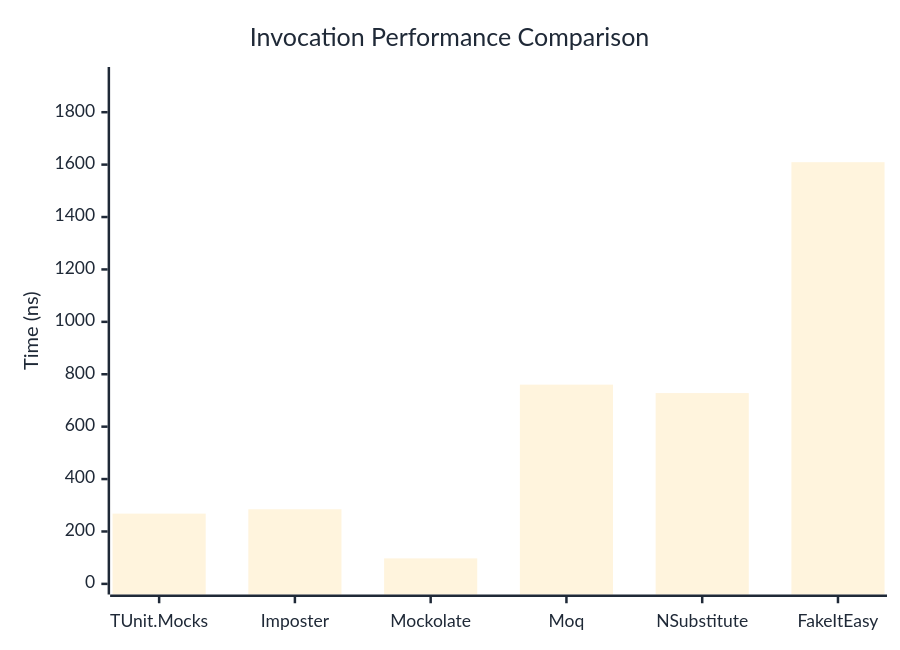
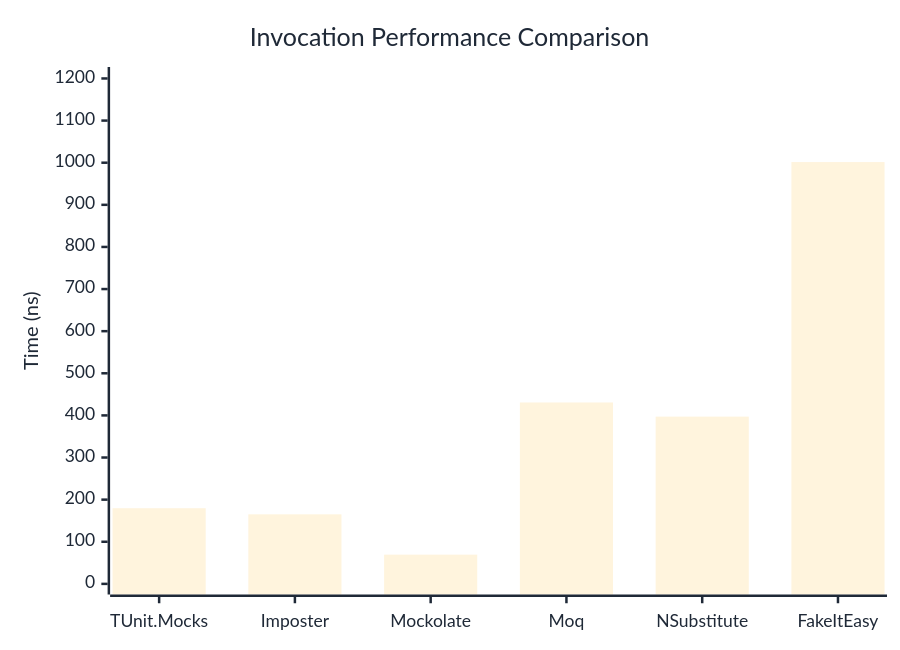
Before and after one commit to thomhurst/TUnit: the first of 3 diagrams in docs/docs/benchmarks/mocks/Invocation.md, drawn with Mermaid. The commit also changed other lines of this file and 14 other files, not shown here.

````diff
--- a/docs/docs/benchmarks/mocks/Invocation.md
+++ b/docs/docs/benchmarks/mocks/Invocation.md
@@ -30,27 +30,27 @@
 ```mermaid
 %%{init: {
   'theme':'base',
   'themeVariables': {
     'primaryColor': '#2563eb',
     'primaryTextColor': '#1f2937',
     'primaryBorderColor': '#1e40af',
     'lineColor': '#6b7280',
     'secondaryColor': '#7c3aed',
     'tertiaryColor': '#dc2626',
     'background': '#ffffff',
     'pie1': '#2563eb',
     'pie2': '#7c3aed',
     'pie3': '#dc2626',
     'pie4': '#f59e0b',
     'pie5': '#10b981',
     'pie6': '#06b6d4',
     'pie7': '#ec4899',
     'pie8': '#6366f1'
   }
 }}%%
 xychart-beta
   title "Invocation Performance Comparison"
   x-axis ["TUnit.Mocks", "Imposter", "Mockolate", "Moq", "NSubstitute", "FakeItEasy"]
-  y-axis "Time (ns)" 0 --> 1932
-  bar [268.09, 284.71, 97.26, 760.37, 728.19, 1609.26]
+  y-axis "Time (ns)" 0 --> 1202
+  bar [179.6, 165.1, 69.37, 430.67, 397.1, 1001.48]
 ```
````
